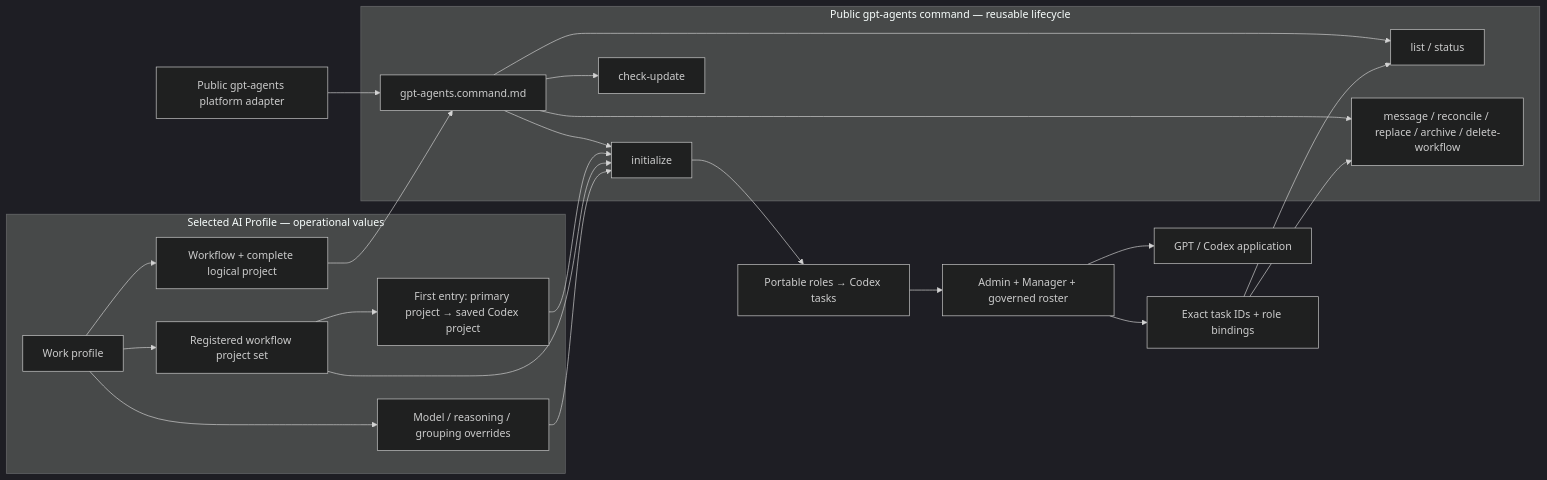
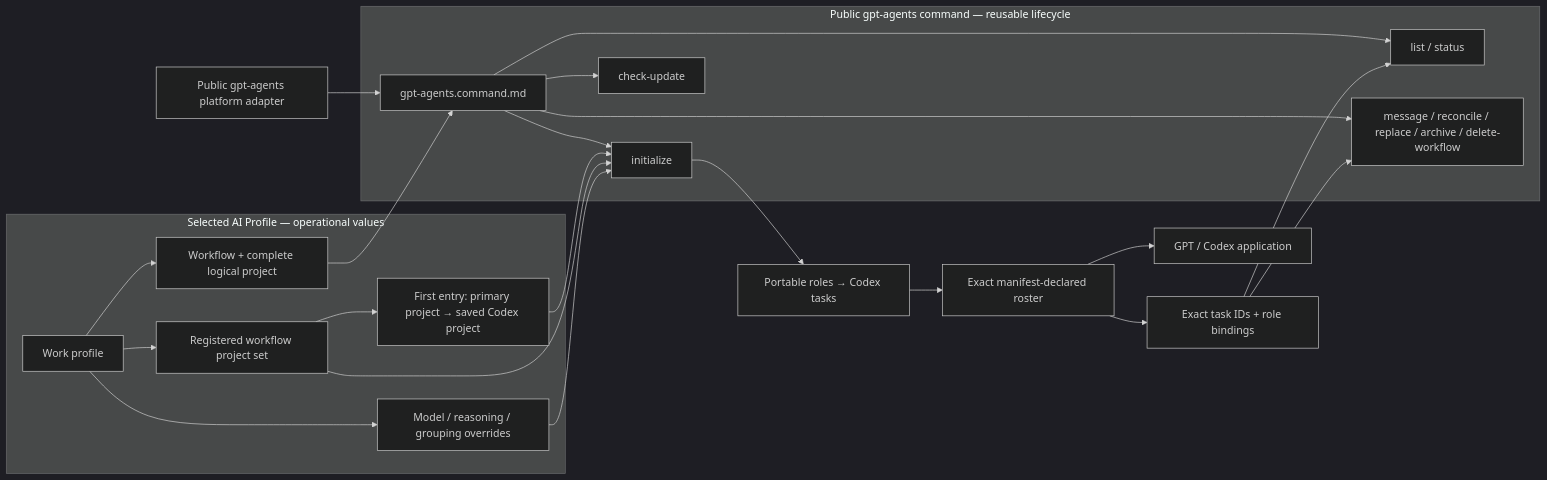
The diagram in ai-commands/system/gpt-agents/gpt-agents.command.md (starodubtsevconsulting/ai-fleas), drawn with Mermaid (dark theme) before and after one commit. The commit also changed other lines of this file and 18 other files, not shown here.

````diff
--- a/ai-commands/system/gpt-agents/gpt-agents.command.md
+++ b/ai-commands/system/gpt-agents/gpt-agents.command.md
@@ -12,33 +12,33 @@
 ```mermaid
 flowchart LR
   subgraph PrivateProfile["Selected AI Profile — operational values"]
     Profile["Work profile"] --> Workflow["Workflow + complete logical project"]
     Profile --> ProjectSet["Registered workflow project set"]
     ProjectSet --> PrimaryProject["First entry: primary project → saved Codex project"]
     Profile --> Overrides["Model / reasoning / grouping overrides"]
   end
 
   subgraph PublicCommand["Public gpt-agents command — reusable lifecycle"]
     Contract["gpt-agents.command.md"]
     Initialize["initialize"]
     Inspect["list / status"]
     CheckUpdate["check-update"]
     Operate["message / reconcile / replace / archive / delete-workflow"]
     Contract --> Initialize
     Contract --> Inspect
     Contract --> CheckUpdate
     Contract --> Operate
   end
 
   Workflow --> Contract
   Adapter["Public gpt-agents platform adapter"] --> Contract
   PrimaryProject --> Initialize
   ProjectSet --> Initialize
   Overrides --> Initialize
   Initialize --> Mapping["Portable roles → Codex tasks"]
-  Mapping --> Tasks["Admin + Manager + governed roster"]
+  Mapping --> Tasks["Exact manifest-declared roster"]
   Tasks --> Receipts["Exact task IDs + role bindings"]
   Receipts --> Inspect
   Receipts --> Operate
   Tasks --> App["GPT / Codex application"]
 ```
````
